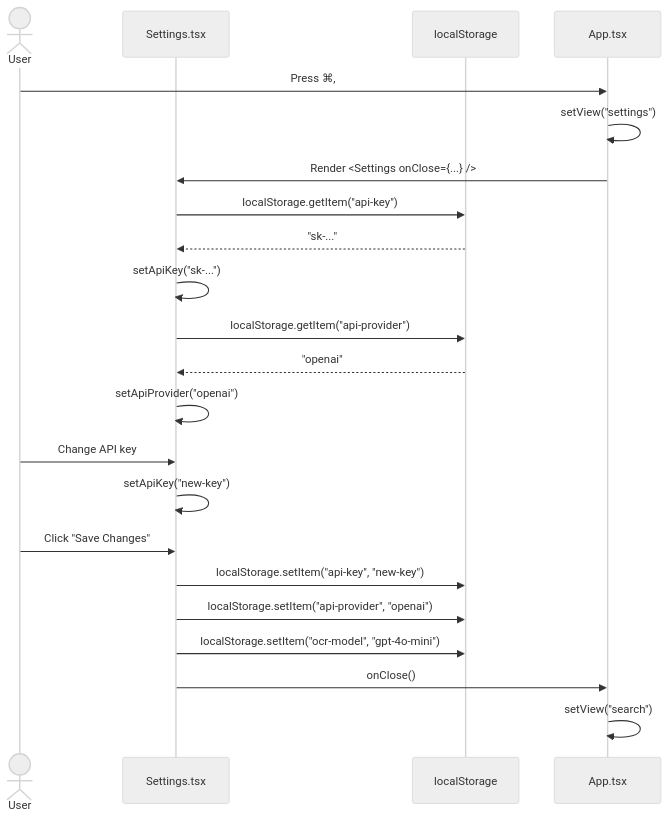
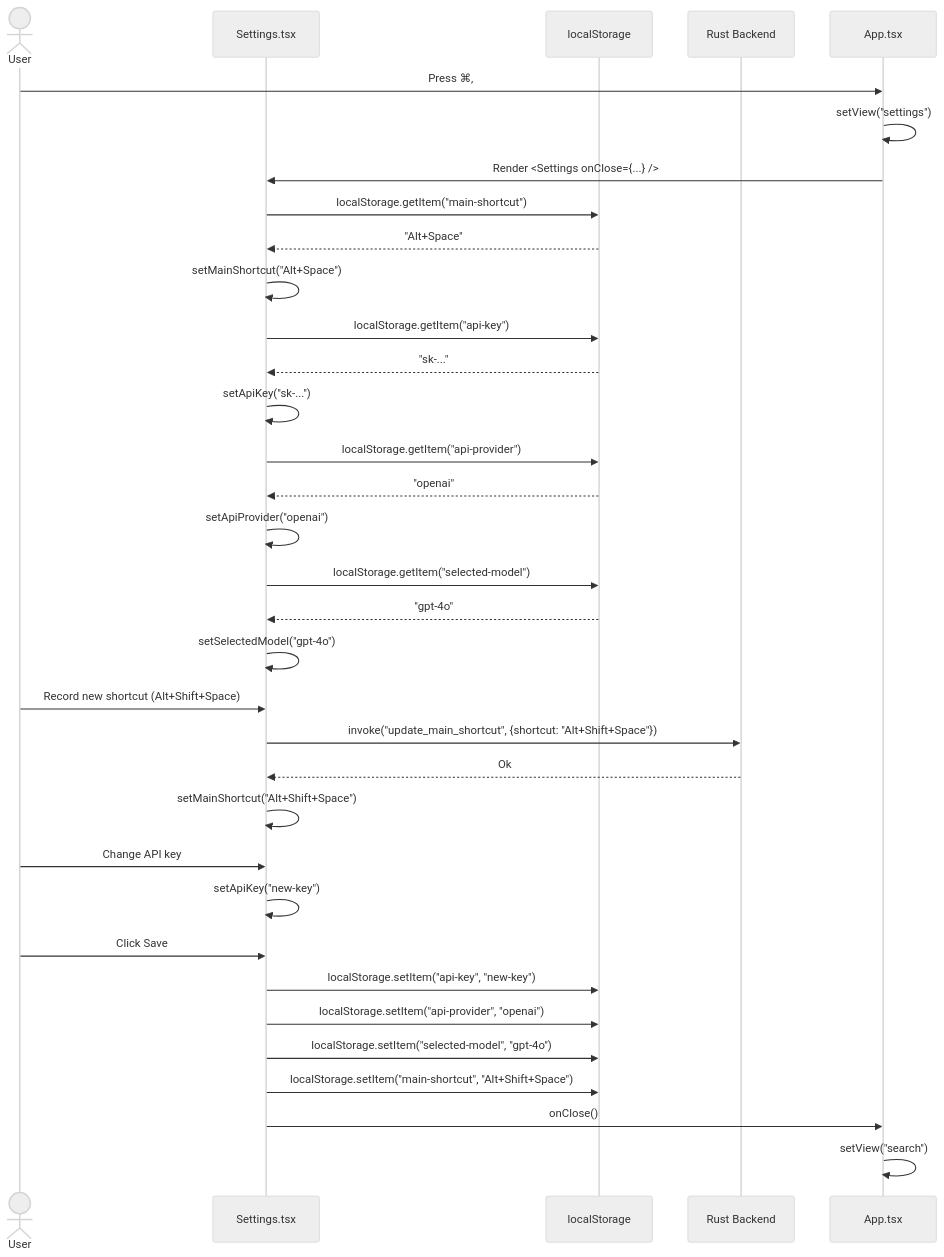
Before and after one commit to RickyDane/gquick: the sixth of 9 diagrams in arch/api/sequences.md, drawn with Mermaid (neutral theme). The commit also changed other lines of this file and 39 other files, not shown here.

````diff
--- a/arch/api/sequences.md
+++ b/arch/api/sequences.md
@@ -137,29 +257,44 @@
 ```mermaid
 sequenceDiagram
     actor User
     participant Settings as Settings.tsx
     participant Storage as localStorage
+    participant Rust as Rust Backend
     participant App as App.tsx
 
     User->>App: Press ⌘,
     App->>App: setView("settings")
     App->>Settings: Render <Settings onClose={...} />
+
+    Settings->>Storage: localStorage.getItem("main-shortcut")
+    Storage-->>Settings: "Alt+Space"
+    Settings->>Settings: setMainShortcut("Alt+Space")
 
     Settings->>Storage: localStorage.getItem("api-key")
     Storage-->>Settings: "sk-..."
     Settings->>Settings: setApiKey("sk-...")
 
     Settings->>Storage: localStorage.getItem("api-provider")
     Storage-->>Settings: "openai"
     Settings->>Settings: setApiProvider("openai")
 
+    Settings->>Storage: localStorage.getItem("selected-model")
+    Storage-->>Settings: "gpt-4o"
+    Settings->>Settings: setSelectedModel("gpt-4o")
+
+    User->>Settings: Record new shortcut (Alt+Shift+Space)
+    Settings->>Rust: invoke("update_main_shortcut", {shortcut: "Alt+Shift+Space"})
+    Rust-->>Settings: Ok
+    Settings->>Settings: setMainShortcut("Alt+Shift+Space")
+
     User->>Settings: Change API key
     Settings->>Settings: setApiKey("new-key")
 
-    User->>Settings: Click "Save Changes"
+    User->>Settings: Click Save
     Settings->>Storage: localStorage.setItem("api-key", "new-key")
     Settings->>Storage: localStorage.setItem("api-provider", "openai")
-    Settings->>Storage: localStorage.setItem("ocr-model", "gpt-4o-mini")
+    Settings->>Storage: localStorage.setItem("selected-model", "gpt-4o")
+    Settings->>Storage: localStorage.setItem("main-shortcut", "Alt+Shift+Space")
     Settings->>App: onClose()
     App->>App: setView("search")
 ```
````
